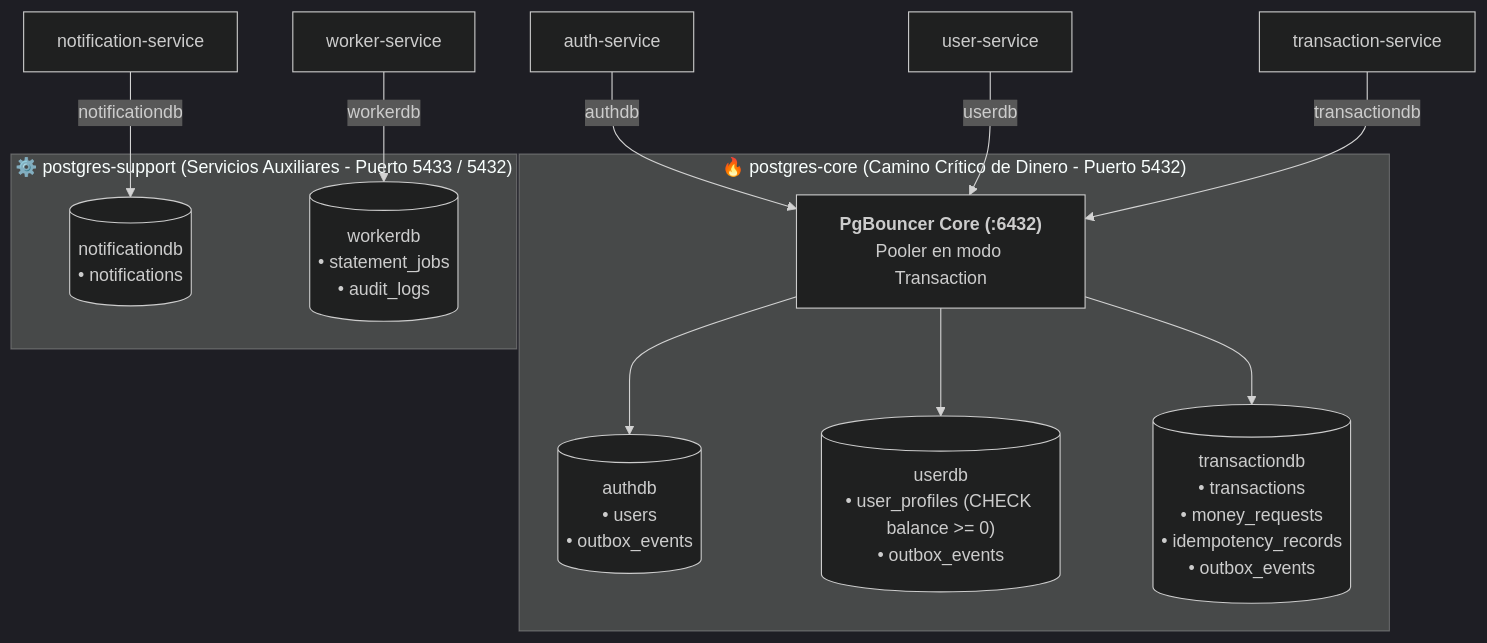
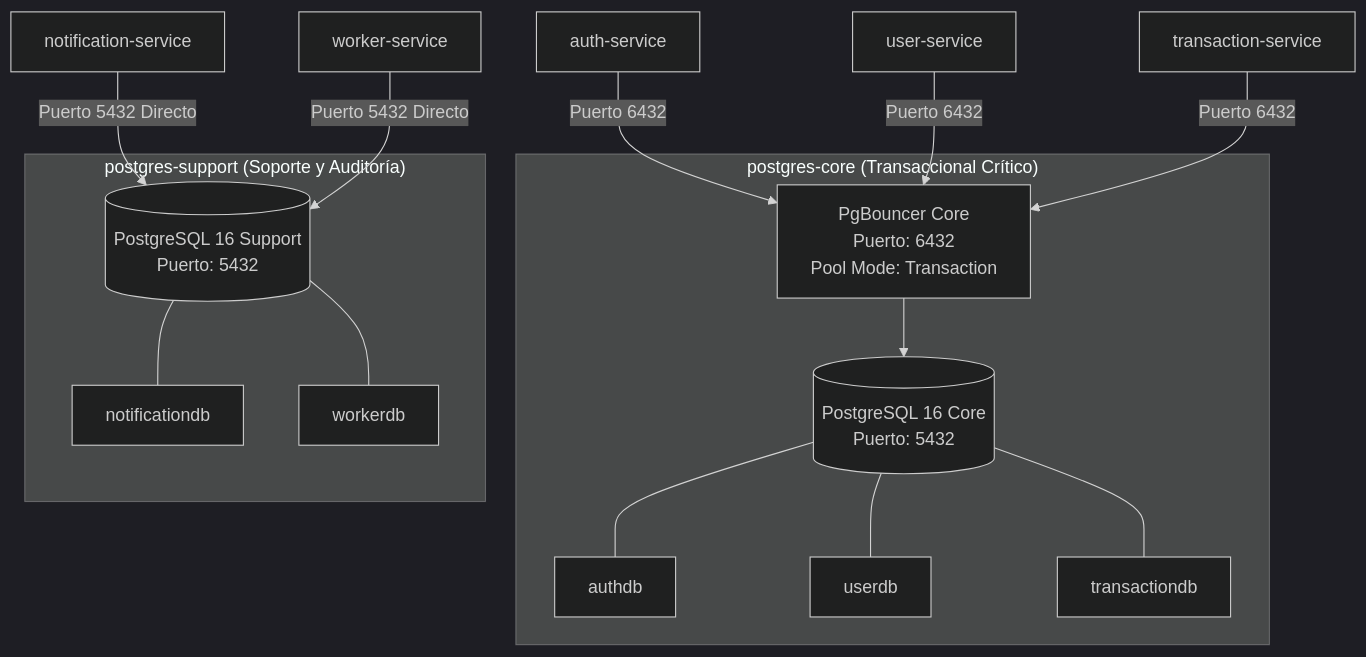
The first of 2 diagrams in docs/database.md (bleidertcs/fintech-wallet), drawn with Mermaid (dark theme) before and after one commit. The commit also changed other lines of this file and 117 other files, not shown here.

Commit message:
feat: integrate design-doc-mermaid and documentation-writer agent skills, expand documentation, and update graphify build outputs.

````diff
--- a/docs/database.md
+++ b/docs/database.md
@@ -46,25 +27,32 @@
 ```mermaid
 graph TD
-    subgraph CoreEngine ["🔥 postgres-core (Camino Crítico de Dinero - Puerto 5432)"]
-        PgBouncer["<b>PgBouncer Core (:6432)</b><br>Pooler en modo Transaction"]
-        AuthDB[("authdb<br>• users<br>• outbox_events")]
-        UserDB[("userdb<br>• user_profiles (CHECK balance >= 0)<br>• outbox_events")]
-        TxDB[("transactiondb<br>• transactions<br>• money_requests<br>• idempotency_records<br>• outbox_events")]
+    subgraph CoreStack ["postgres-core (Transaccional Crítico)"]
+        PgBouncer["PgBouncer Core<br>Puerto: 6432<br>Pool Mode: Transaction"]
+        PostgresCoreNode[("PostgreSQL 16 Core<br>Puerto: 5432")]
         
-        PgBouncer --> AuthDB
-        PgBouncer --> UserDB
-        PgBouncer --> TxDB
+        AuthDB["authdb"]
+        UserDB["userdb"]
+        TxDB["transactiondb"]
+        
+        PgBouncer --> PostgresCoreNode
+        PostgresCoreNode --- AuthDB
+        PostgresCoreNode --- UserDB
+        PostgresCoreNode --- TxDB
     end
 
-    subgraph SupportEngine ["⚙️ postgres-support (Servicios Auxiliares - Puerto 5433 / 5432)"]
-        NotifDB[("notificationdb<br>• notifications")]
-        WorkerDB[("workerdb<br>• statement_jobs<br>• audit_logs")]
+    subgraph SupportStack ["postgres-support (Soporte y Auditoría)"]
+        PostgresSupportNode[("PostgreSQL 16 Support<br>Puerto: 5432")]
+        NotifDB["notificationdb"]
+        WorkerDB["workerdb"]
+        
+        PostgresSupportNode --- NotifDB
+        PostgresSupportNode --- WorkerDB
     end
 
-    AuthService["auth-service"] -->|"authdb"| PgBouncer
-    UserService["user-service"] -->|"userdb"| PgBouncer
-    TxService["transaction-service"] -->|"transactiondb"| PgBouncer
+    AuthSvc["auth-service"] -->|Puerto 6432| PgBouncer
+    UserSvc["user-service"] -->|Puerto 6432| PgBouncer
+    TxSvc["transaction-service"] -->|Puerto 6432| PgBouncer
 
-    NotifService["notification-service"] -->|"notificationdb"| NotifDB
-    WorkerService["worker-service"] -->|"workerdb"| WorkerDB
+    NotifSvc["notification-service"] -->|Puerto 5432 Directo| PostgresSupportNode
+    WorkerSvc["worker-service"] -->|Puerto 5432 Directo| PostgresSupportNode
 ```
````
